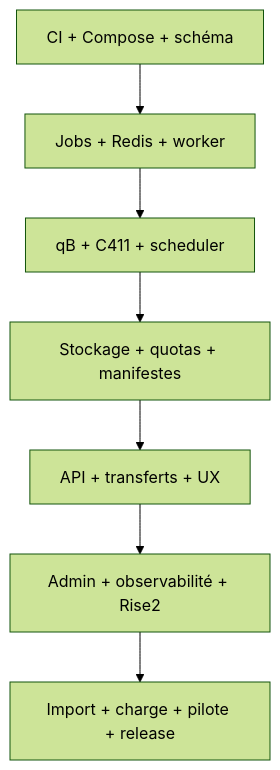
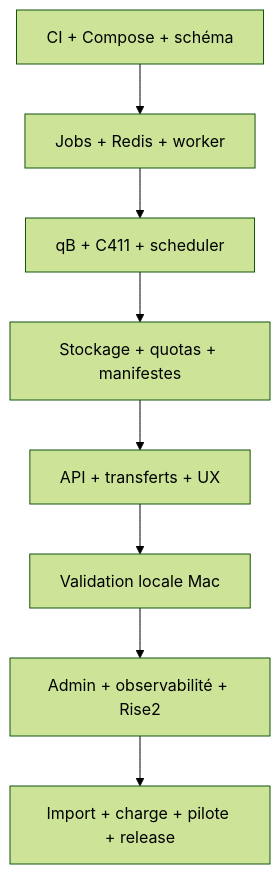
The diagram in docs/roadmap-v2.md (ThomasPerez91/World-of-Seeds), drawn with Mermaid (forest theme) before and after one commit. The commit also changed other lines of this file, not shown here.

Commit message:
docs: add V2 local macOS validation gate

````diff
--- a/docs/roadmap-v2.md
+++ b/docs/roadmap-v2.md
@@ -68,9 +69,10 @@
 ```mermaid
 flowchart TD
     Foundation["CI + Compose + schéma"] --> Durable["Jobs + Redis + worker"]
     Durable --> Torrent["qB + C411 + scheduler"]
     Torrent --> Storage["Stockage + quotas + manifestes"]
     Storage --> UX["API + transferts + UX"]
-    UX --> Operate["Admin + observabilité + Rise2"]
+    UX --> Local["Validation locale Mac"]
+    Local --> Operate["Admin + observabilité + Rise2"]
     Operate --> Release["Import + charge + pilote + release"]
 ```
````
